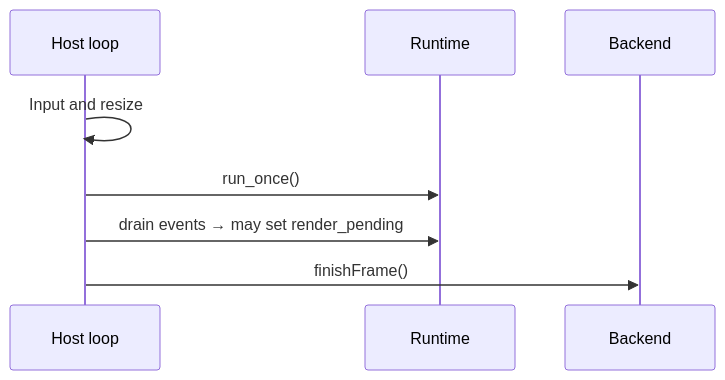
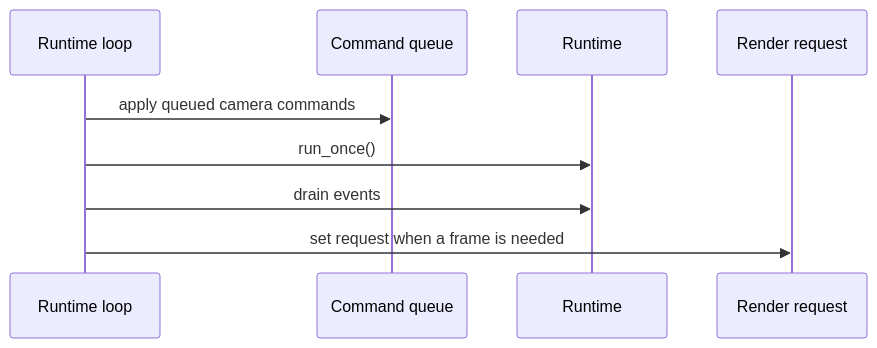
Before and after one commit to maplibre/maplibre-native-ffi: the third of 4 diagrams in docs/src/content/docs/development/map-example-specification.md, drawn with Mermaid. The commit also changed other lines of this file and 93 other files, not shown here.

````diff
--- a/docs/src/content/docs/development/map-example-specification.md
+++ b/docs/src/content/docs/development/map-example-specification.md
@@ -240,11 +379,12 @@
 ```mermaid
 sequenceDiagram
-  participant EL as Host loop
+  participant RTL as Runtime loop
+  participant CQ as Command queue
   participant RT as Runtime
-  participant BE as Backend
+  participant RQ as Render request
 
-  EL->>EL: Input and resize
-  EL->>RT: run_once()
-  EL->>RT: drain events → may set render_pending
-  EL->>BE: finishFrame()
+  RTL->>CQ: apply queued camera commands
+  RTL->>RT: run_once()
+  RTL->>RT: drain events
+  RTL->>RQ: set request when a frame is needed
 ```
````
